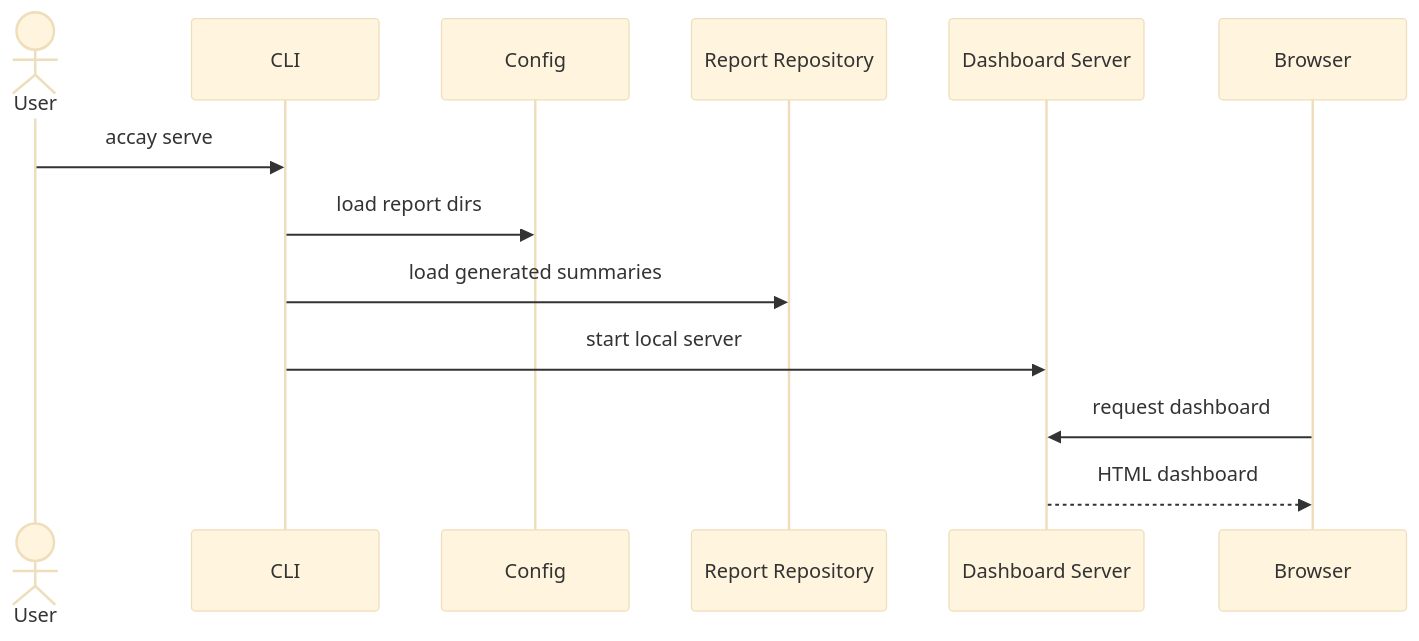
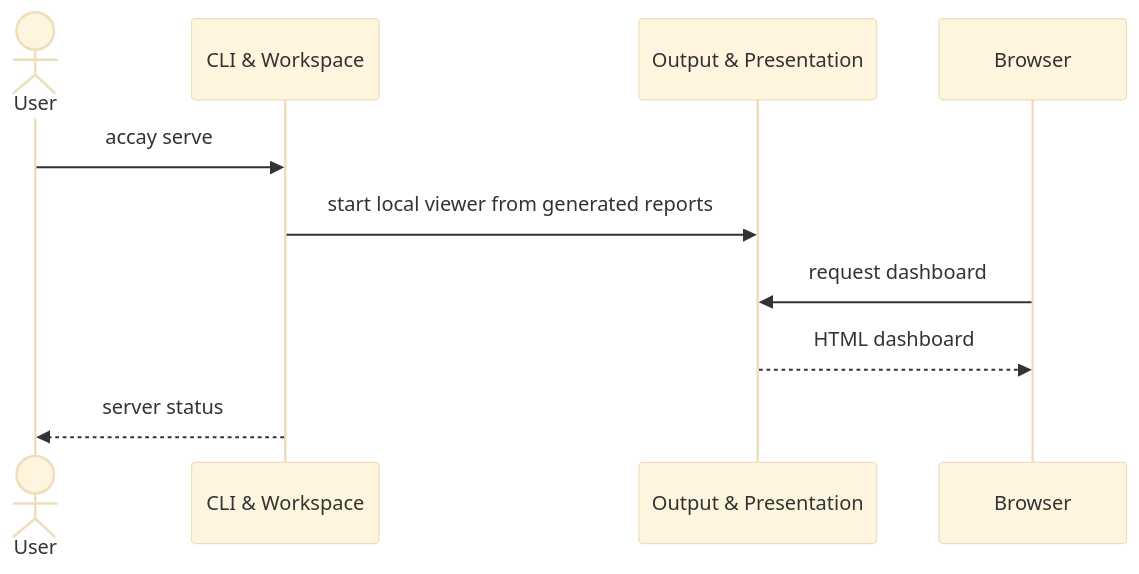
The seventh of 7 diagrams in docs/architecture.md (autotaker/accay), drawn with Mermaid (base theme) before and after one commit. The commit also changed other lines of this file, not shown here.

Commit message:
Refine architecture design

````diff
--- a/docs/architecture.md
+++ b/docs/architecture.md
@@ -423,16 +560,13 @@
 ```mermaid
 sequenceDiagram
   actor User
-  participant CLI
-  participant Config
-  participant Reports as Report Repository
-  participant Server as Dashboard Server
+  participant CLI as CLI & Workspace
+  participant Output as Output & Presentation
   participant Browser
 
   User->>CLI: accay serve
-  CLI->>Config: load report dirs
-  CLI->>Reports: load generated summaries
-  CLI->>Server: start local server
-  Browser->>Server: request dashboard
-  Server-->>Browser: HTML dashboard
+  CLI->>Output: start local viewer from generated reports
+  Browser->>Output: request dashboard
+  Output-->>Browser: HTML dashboard
+  CLI-->>User: server status
 ```
````
